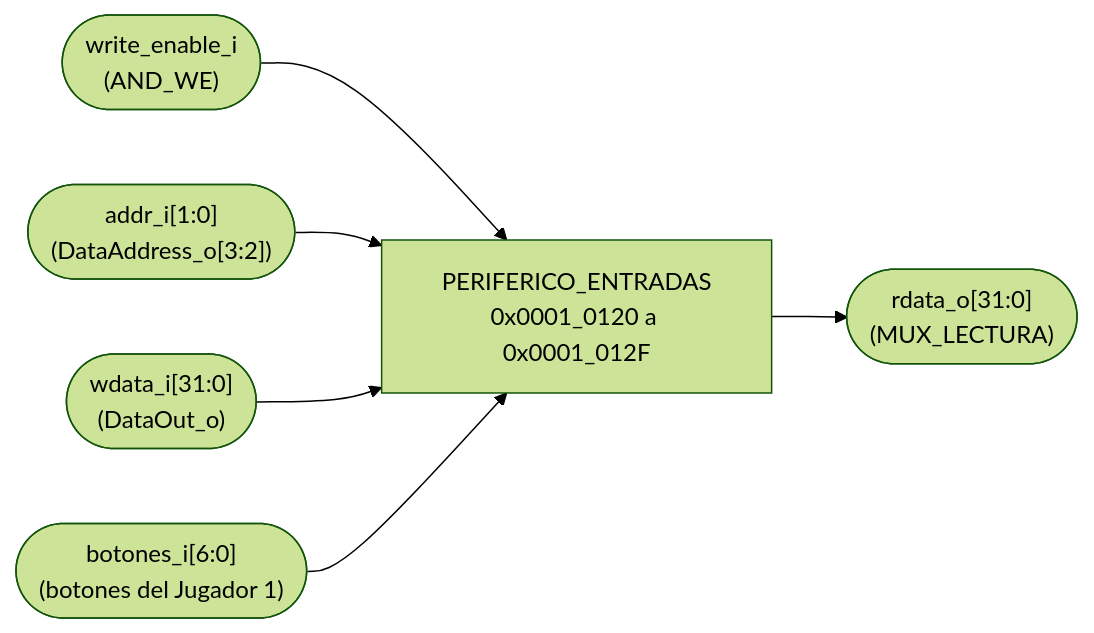
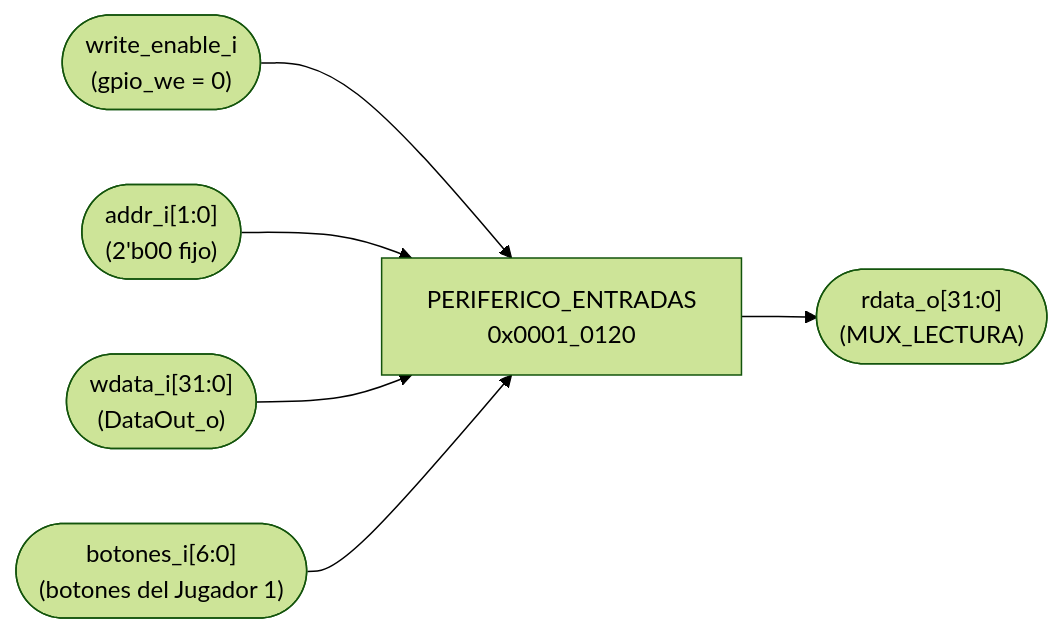
Before and after one commit to Taller-de-diseno-digital-GR01/Proyecto-3-Batalla-Naval: the first of 2 diagrams in docs/diseño/modulos/PERIFERICO_ENTRADAS.md, drawn with Mermaid (forest theme). The commit also changed other lines of this file, not shown here.

Commit message:
PERIFERICO_ENTRADAS.md con gpio_we en cero y la dirección exacta del Address Translator

````diff
--- a/docs/diseño/modulos/PERIFERICO_ENTRADAS.md
+++ b/docs/diseño/modulos/PERIFERICO_ENTRADAS.md
@@ -9,8 +9,8 @@
 ```mermaid
 flowchart LR
-    IN_WE(["write_enable_i<br/>(AND_WE)"]) --> PE["PERIFERICO_ENTRADAS<br/>0x0001_0120 a 0x0001_012F"]
-    IN_ADDR(["addr_i[1:0]<br/>(DataAddress_o[3:2])"]) --> PE
+    IN_WE(["write_enable_i<br/>(gpio_we = 0)"]) --> PE["PERIFERICO_ENTRADAS<br/>0x0001_0120"]
+    IN_ADDR(["addr_i[1:0]<br/>(2'b00 fijo)"]) --> PE
     IN_WD(["wdata_i[31:0]<br/>(DataOut_o)"]) --> PE
     IN_BTN(["botones_i[6:0]<br/>(botones del Jugador 1)"]) --> PE
     PE --> OUT_RD(["rdata_o[31:0]<br/>(MUX_LECTURA)"])
 ```
````
